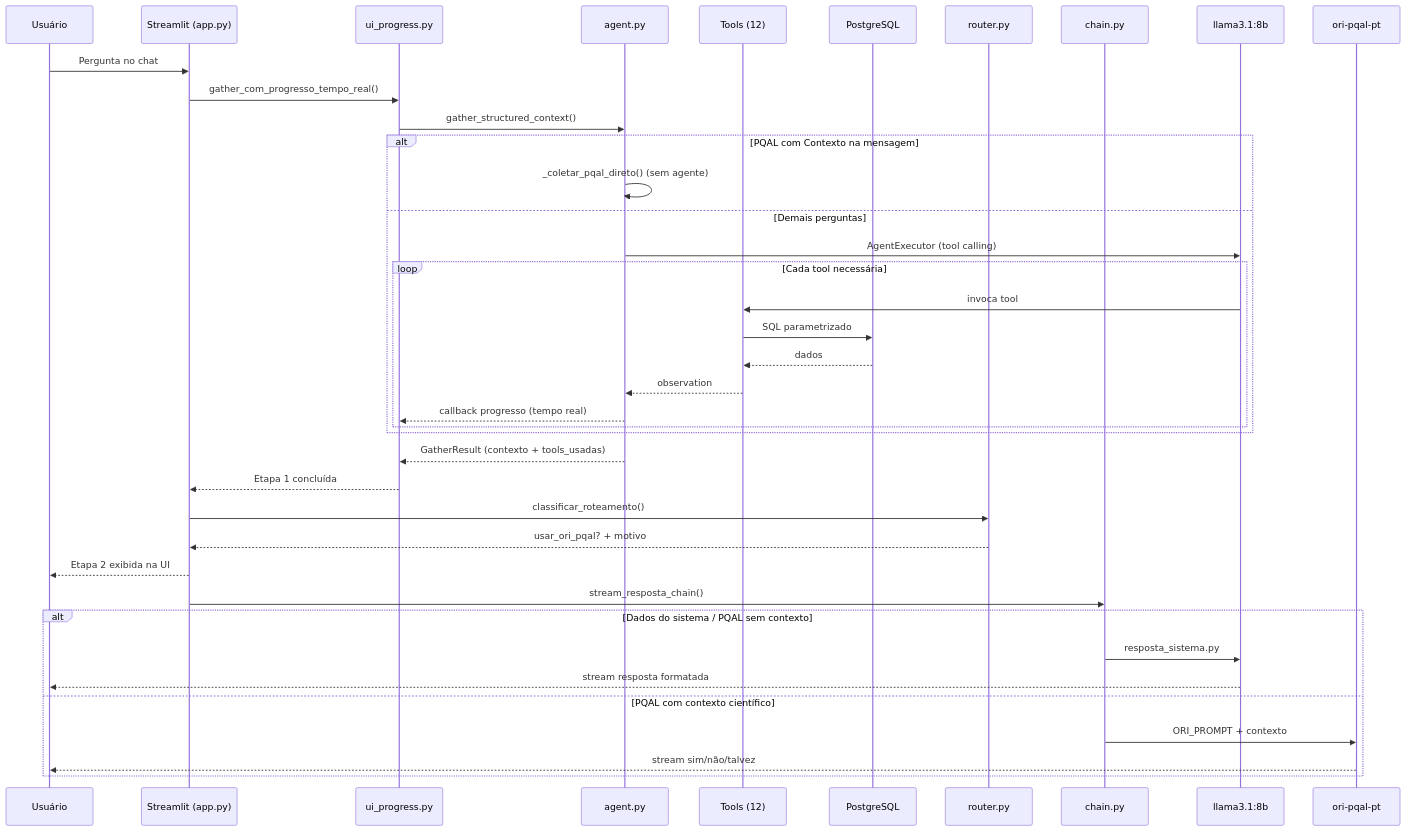
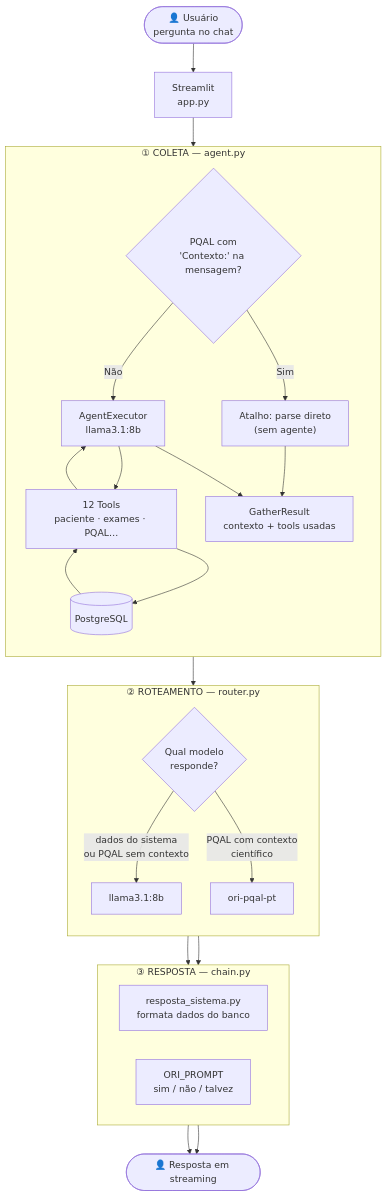
Before and after one commit to edvansanchoo/fiap-pos-tech-fase3-ori_pqal-model-pt: the first of 2 diagrams in README.md, drawn with Mermaid. The commit also changed other lines of this file, not shown here.

Commit message:
ajustando readme

````diff
--- a/README.md
+++ b/README.md
@@ -74,47 +82,38 @@
 ```mermaid
-sequenceDiagram
-    participant U as Usuário
-    participant ST as Streamlit (app.py)
-    participant UI as ui_progress.py
-    participant AG as agent.py
-    participant T as Tools (12)
-    participant DB as PostgreSQL
-    participant RT as router.py
-    participant CH as chain.py
-    participant L1 as llama3.1:8b
-    participant L2 as ori-pqal-pt
+flowchart TD
+    U(["👤 Usuário<br/>pergunta no chat"]) --> APP["Streamlit<br/>app.py"]
+    APP --> Q
 
-    U->>ST: Pergunta no chat
-    ST->>UI: gather_com_progresso_tempo_real()
-    UI->>AG: gather_structured_context()
-
-    alt PQAL com Contexto na mensagem
-        AG->>AG: _coletar_pqal_direto() (sem agente)
-    else Demais perguntas
-        AG->>L1: AgentExecutor (tool calling)
-        loop Cada tool necessária
-            L1->>T: invoca tool
-            T->>DB: SQL parametrizado
-            DB-->>T: dados
-            T-->>AG: observation
-            AG-->>UI: callback progresso (tempo real)
-        end
+    subgraph E1 ["① COLETA — agent.py"]
+        direction TB
+        Q{"PQAL com<br/>'Contexto:' na mensagem?"}
+        Q -->|Sim| AT["Atalho: parse direto<br/>(sem agente)"]
+        Q -->|Não| AG["AgentExecutor<br/>llama3.1:8b"]
+        AG --> T["12 Tools<br/>paciente · exames · PQAL…"]
+        T --> DB[("PostgreSQL")]
+        DB --> T
+        T --> AG
+        AT --> GR["GatherResult<br/>contexto + tools usadas"]
+        AG --> GR
     end
 
-    AG-->>UI: GatherResult (contexto + tools_usadas)
-    UI-->>ST: Etapa 1 concluída
+    GR --> RT
 
-    ST->>RT: classificar_roteamento()
-    RT-->>ST: usar_ori_pqal? + motivo
-    ST-->>U: Etapa 2 exibida na UI
+    subgraph E2 ["② ROTEAMENTO — router.py"]
+        direction TB
+        RT{"Qual modelo<br/>responde?"}
+        RT -->|dados do sistema<br/>ou PQAL sem contexto| SYS["llama3.1:8b"]
+        RT -->|PQAL com contexto<br/>científico| PQAL["ori-pqal-pt"]
+    end
 
-    ST->>CH: stream_resposta_chain()
+    subgraph E3 ["③ RESPOSTA — chain.py"]
+        direction LR
+        E3A["resposta_sistema.py<br/>formata dados do banco"]
+        E3B["ORI_PROMPT<br/>sim / não / talvez"]
+    end
 
-    alt Dados do sistema / PQAL sem contexto
-        CH->>L1: resposta_sistema.py
-        L1-->>U: stream resposta formatada
-    else PQAL com contexto científico
-        CH->>L2: ORI_PROMPT + contexto
-        L2-->>U: stream sim/não/talvez
-    end
+    SYS --> E3A
+    PQAL --> E3B
+    E3A --> OUT(["👤 Resposta em streaming"])
+    E3B --> OUT
 ```
````
